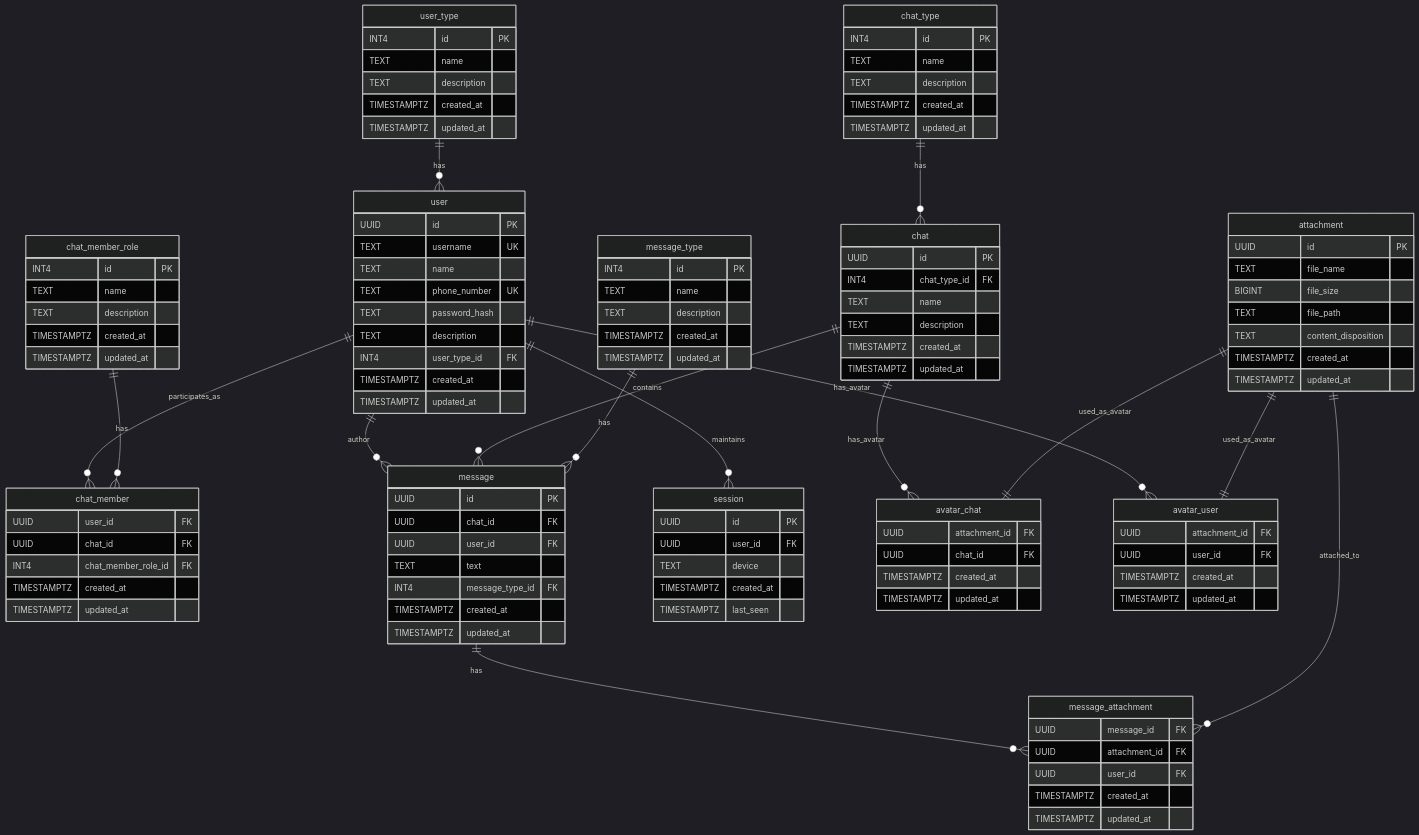
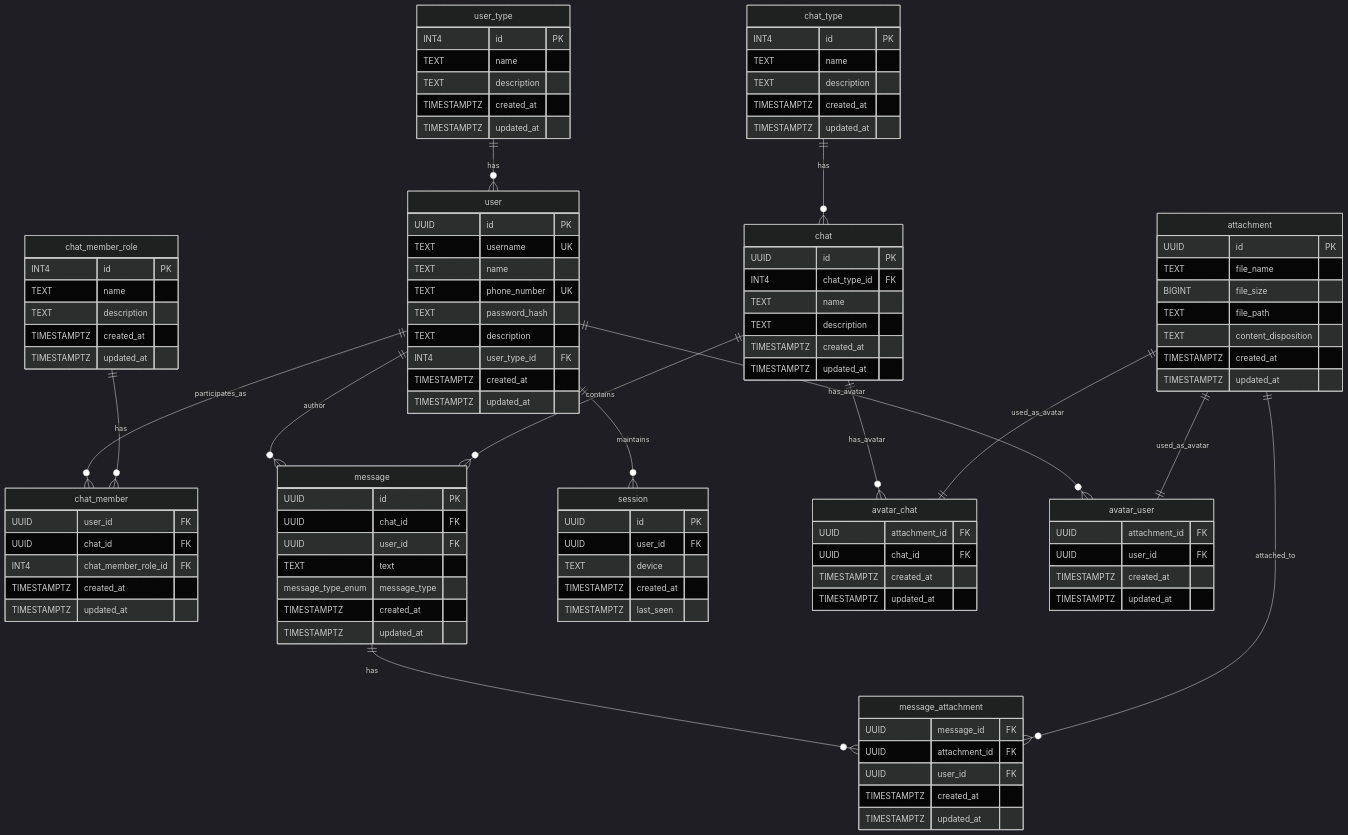
Before and after one commit to go-park-mail-ru/2025_2_Undefined: the diagram in db/normalized/relations.md, drawn with Mermaid (dark theme). The commit also changed other lines of this file and 4 other files, not shown here.

Commit message:
[fix] add message type enum

```diff
--- a/db/normalized/relations.md
+++ b/db/normalized/relations.md
@@ -178,15 +169,7 @@
         UUID chat_id FK
         UUID user_id FK
         TEXT text
-        INT4 message_type_id FK
-        TIMESTAMPTZ created_at
-        TIMESTAMPTZ updated_at
-    }
-
-    message_type{
-        INT4 id PK
-        TEXT name
-        TEXT description
+        message_type_enum message_type
         TIMESTAMPTZ created_at
         TIMESTAMPTZ updated_at
     }
@@ -240,7 +223,6 @@
     user_type ||--o{ user : "has"
     chat_type ||--o{ chat : "has" 
     chat_member_role ||--o{ chat_member : "has"
-    message_type ||--o{ message : "has"
     message ||--o{ message_attachment : "has"
     attachment ||--o{ message_attachment : "attached_to"
     attachment ||--|| avatar_user : "used_as_avatar"
```
